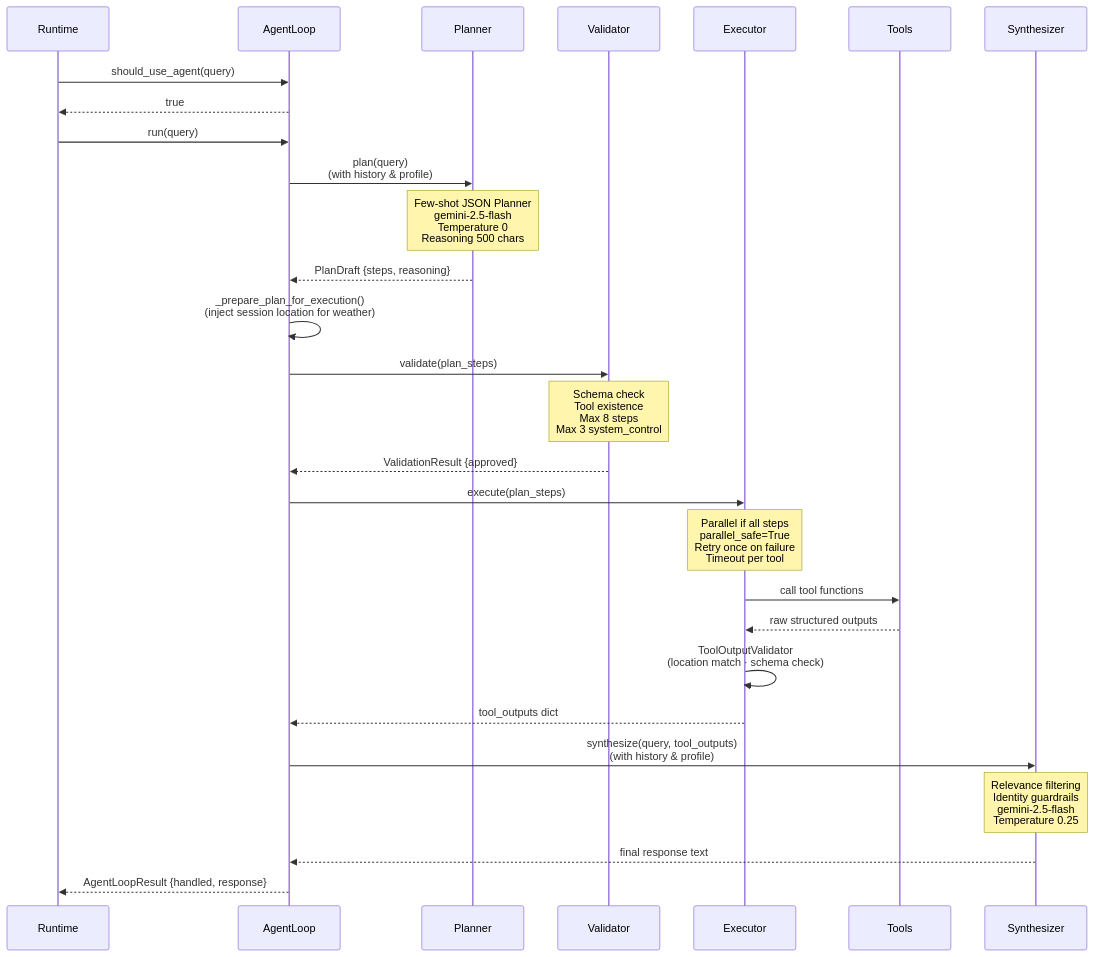
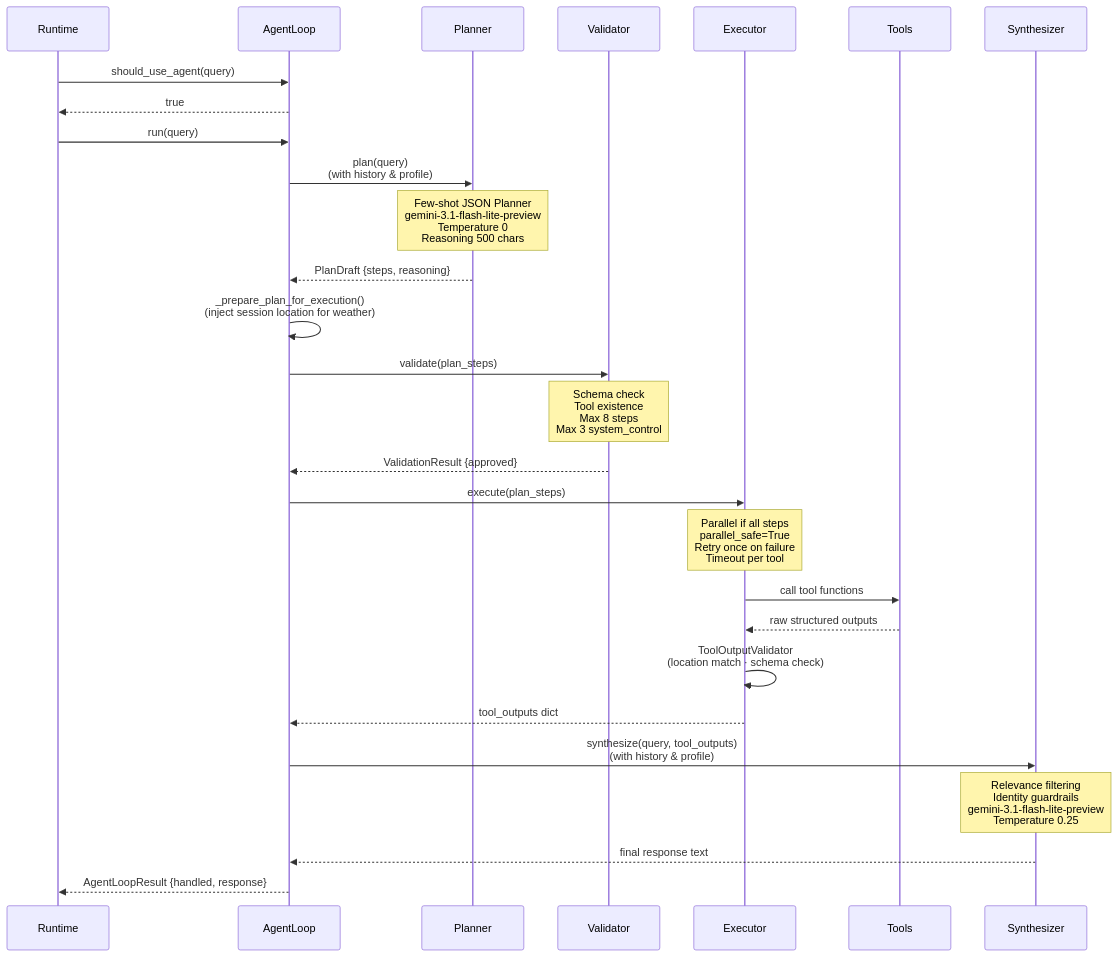
Before and after one commit to deepakrakshit/jarvis: the second of 8 diagrams in docs/ARCHITECTURE.md, drawn with Mermaid. The commit also changed other lines of this file and 11 other files, not shown here.

````diff
--- a/docs/ARCHITECTURE.md
+++ b/docs/ARCHITECTURE.md
@@ -59,38 +59,38 @@
 ```mermaid
 sequenceDiagram
     participant R as Runtime
     participant AL as AgentLoop
     participant PL as Planner
     participant VA as Validator
     participant EX as Executor
     participant T as Tools
     participant SY as Synthesizer
 
     R->>AL: should_use_agent(query)
     AL-->>R: true
 
     R->>AL: run(query)
     AL->>PL: plan(query)<br/>(with history & profile)
-    Note over PL: Few-shot JSON Planner<br/>gemini-2.5-flash<br/>Temperature 0<br/>Reasoning 500 chars
+    Note over PL: Few-shot JSON Planner<br/>gemini-3.1-flash-lite-preview<br/>Temperature 0<br/>Reasoning 500 chars
 
     PL-->>AL: PlanDraft {steps, reasoning}
     AL->>AL: _prepare_plan_for_execution()<br/>(inject session location for weather)
 
     AL->>VA: validate(plan_steps)
     Note over VA: Schema check<br/>Tool existence<br/>Max 8 steps<br/>Max 3 system_control
     VA-->>AL: ValidationResult {approved}
 
     AL->>EX: execute(plan_steps)
     Note over EX: Parallel if all steps<br/>parallel_safe=True<br/>Retry once on failure<br/>Timeout per tool
 
     EX->>T: call tool functions
     T-->>EX: raw structured outputs
     EX->>EX: ToolOutputValidator<br/>(location match · schema check)
     EX-->>AL: tool_outputs dict
 
     AL->>SY: synthesize(query, tool_outputs)<br/>(with history & profile)
-    Note over SY: Relevance filtering<br/>Identity guardrails<br/>gemini-2.5-flash<br/>Temperature 0.25
+    Note over SY: Relevance filtering<br/>Identity guardrails<br/>gemini-3.1-flash-lite-preview<br/>Temperature 0.25
     SY-->>AL: final response text
 
     AL-->>R: AgentLoopResult {handled, response}
 ```
````
